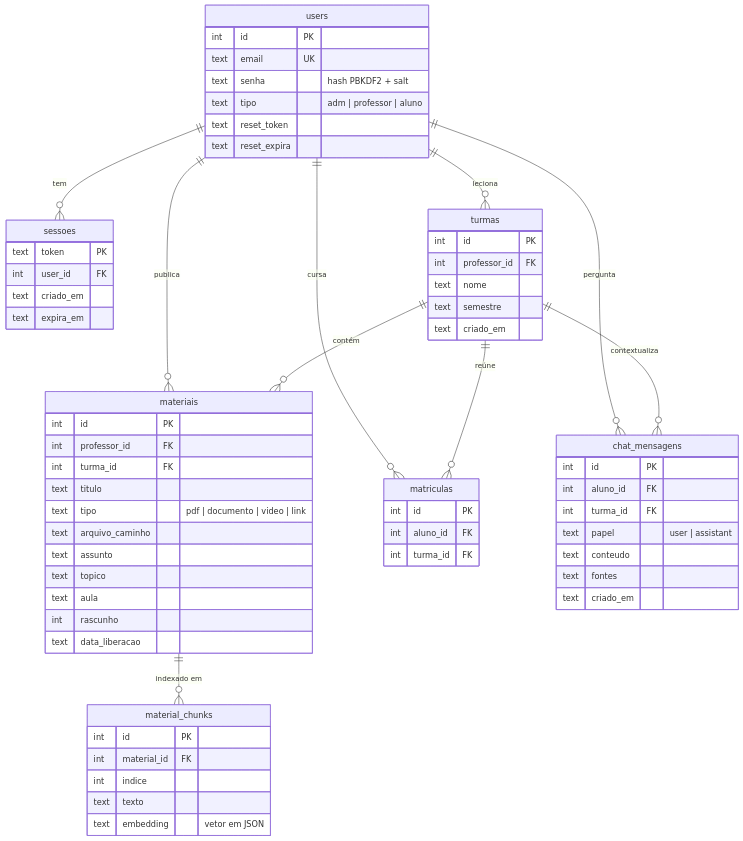
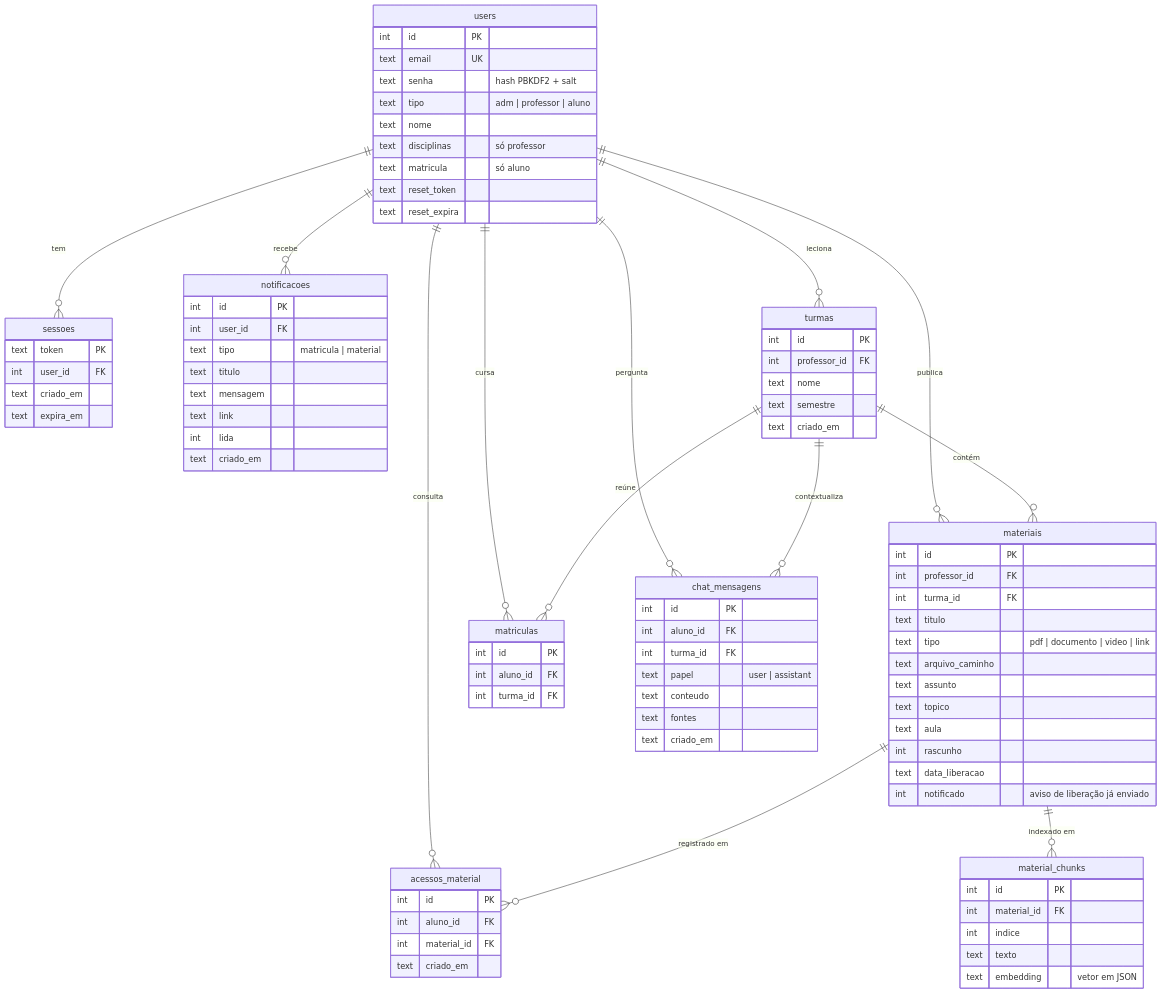
One commit to jeanrmatias/DeltaCare changed the fourth of 5 diagrams in ARQUITETURA.md. Above: the diagram before and after it, drawn with Mermaid. The commit also changed other lines of this file and 51 other files, not shown here.

````diff
--- a/ARQUITETURA.md
+++ b/ARQUITETURA.md
@@ -128,6 +128,8 @@
 ```mermaid
 erDiagram
     users ||--o{ sessoes : "tem"
+    users ||--o{ notificacoes : "recebe"
+    users ||--o{ acessos_material : "consulta"
     users ||--o{ turmas : "leciona"
     users ||--o{ materiais : "publica"
     users ||--o{ matriculas : "cursa"
@@ -136,12 +138,16 @@
     turmas ||--o{ matriculas : "reúne"
     turmas ||--o{ chat_mensagens : "contextualiza"
     materiais ||--o{ material_chunks : "indexado em"
+    materiais ||--o{ acessos_material : "registrado em"
 
     users {
         int id PK
         text email UK
         text senha "hash PBKDF2 + salt"
         text tipo "adm | professor | aluno"
+        text nome
+        text disciplinas "só professor"
+        text matricula "só aluno"
         text reset_token
         text reset_expira
     }
@@ -173,6 +179,7 @@
         text aula
         int rascunho
         text data_liberacao
+        int notificado "aviso de liberação já enviado"
     }
 
     matriculas {
@@ -198,4 +205,22 @@
         text fontes
         text criado_em
     }
+
+    notificacoes {
+        int id PK
+        int user_id FK
+        text tipo "matricula | material"
+        text titulo
+        text mensagem
+        text link
+        int lida
+        text criado_em
+    }
+
+    acessos_material {
+        int id PK
+        int aluno_id FK
+        int material_id FK
+        text criado_em
+    }
 ```
````
